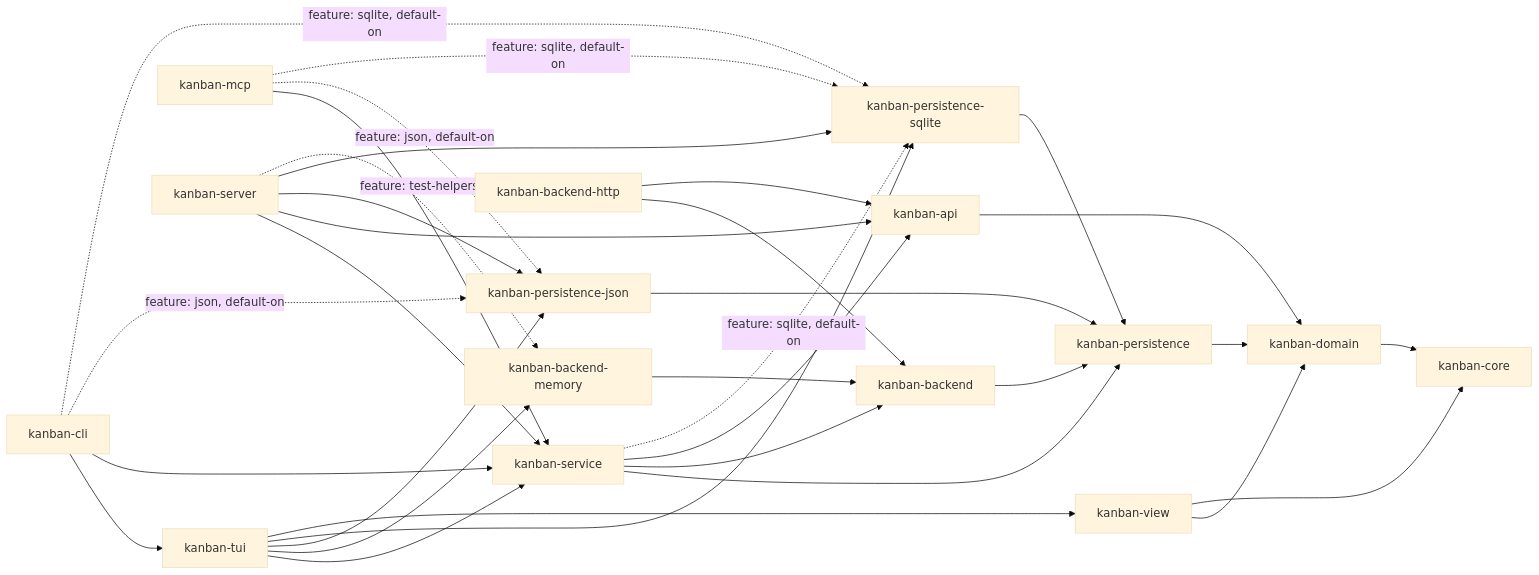
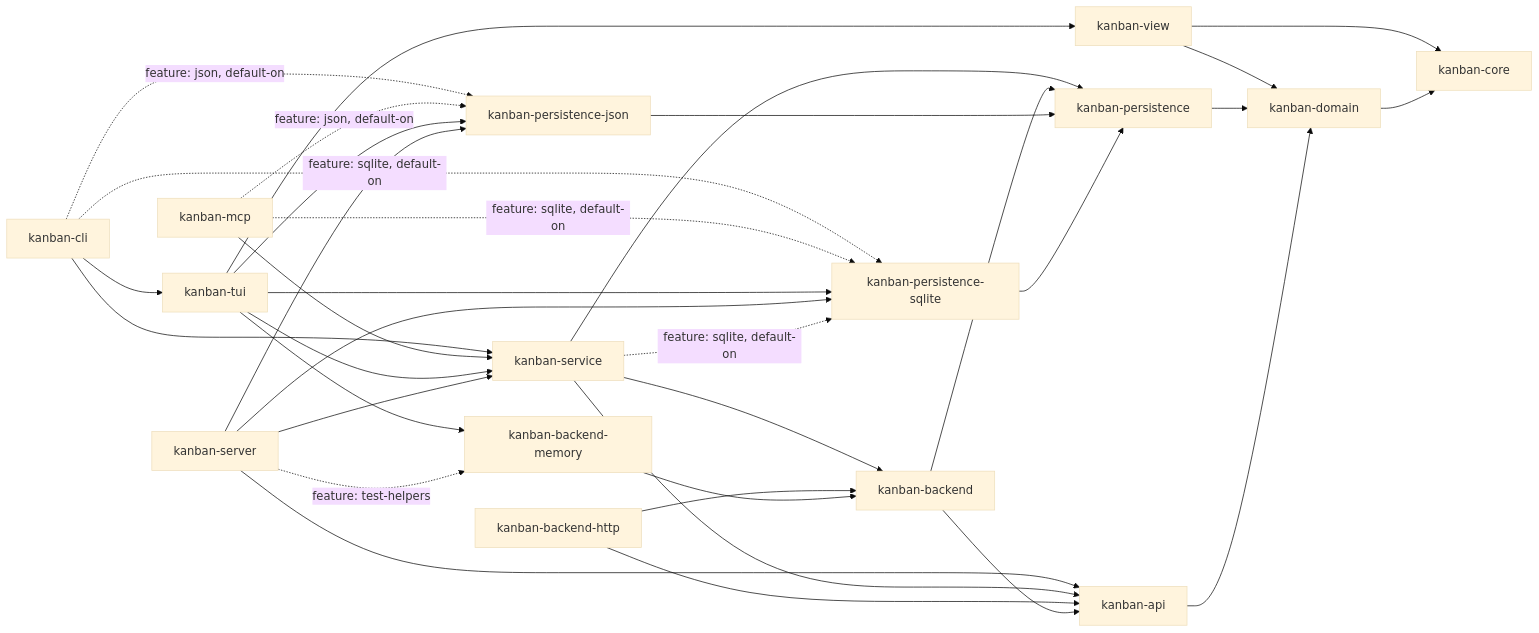
One commit to kanban-rs/kanban changed the diagram in CONTRIBUTING.md. Above: the diagram before and after it, drawn with Mermaid (base theme). The commit also changed other lines of this file and 14 other files, not shown here.

````diff
--- a/CONTRIBUTING.md
+++ b/CONTRIBUTING.md
@@ -137,35 +137,36 @@
 ```mermaid
 graph LR
     CLI[kanban-cli] --> TUI[kanban-tui]
     CLI --> SVC[kanban-service]
     CLI -.->|feature: json, default-on| JSON[kanban-persistence-json]
     CLI -.->|feature: sqlite, default-on| SQL[kanban-persistence-sqlite]
     MCP[kanban-mcp] --> SVC
     MCP -.->|feature: json, default-on| JSON
     MCP -.->|feature: sqlite, default-on| SQL
     TUI --> SVC
     TUI --> MEM[kanban-backend-memory]
     TUI --> JSON
     TUI --> SQL
     TUI --> VIEW[kanban-view]
     VIEW --> DOM
     VIEW --> CORE
     SRV[kanban-server] --> SVC
     SRV --> API[kanban-api]
     SRV --> JSON
     SRV --> SQL
     SRV -.->|feature: test-helpers| MEM
     SVC --> PER[kanban-persistence]
     SVC --> BE[kanban-backend]
     SVC --> API
     SVC -.->|feature: sqlite, default-on| SQL
     HTTP[kanban-backend-http] --> BE
     HTTP --> API
     MEM --> BE
+    BE --> API
     BE --> PER
     JSON --> PER
     SQL --> PER
     PER --> DOM[kanban-domain]
     API --> DOM
     DOM --> CORE[kanban-core]
 ```
````
